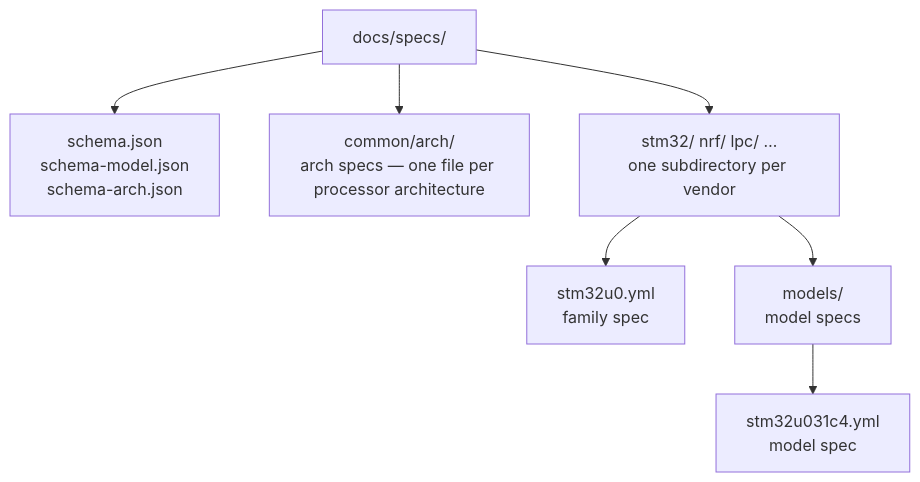
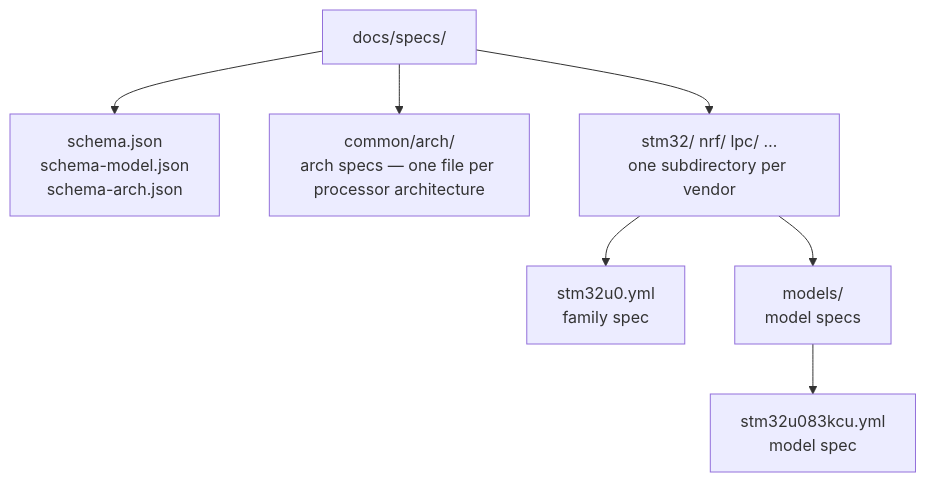
The second of 2 diagrams in docs/contributor/specs.md (grahame-org/ohal), drawn with Mermaid before and after one commit. The commit also changed other lines of this file and 11 other files, not shown here.

Commit message:
docs: added stm32u083kcu model specification (#24)

````diff
--- a/docs/contributor/specs.md
+++ b/docs/contributor/specs.md
@@ -42,17 +42,17 @@
 ```mermaid
 graph TD
     ROOT["docs/specs/"]
     SCHEMAS["schema.json\nschema-model.json\nschema-arch.json"]
     COMMON["common/arch/\narch specs — one file per processor architecture"]
     VENDOR["stm32/ nrf/ lpc/ …\none subdirectory per vendor"]
     FAM_YML["stm32u0.yml\nfamily spec"]
     MODELS["models/\nmodel specs"]
-    MODEL_YML["stm32u031c4.yml\nmodel spec"]
+    MODEL_YML["stm32u083kcu.yml\nmodel spec"]
 
     ROOT --> SCHEMAS
     ROOT --> COMMON
     ROOT --> VENDOR
     VENDOR --> FAM_YML
     VENDOR --> MODELS
     MODELS --> MODEL_YML
 ```
````
